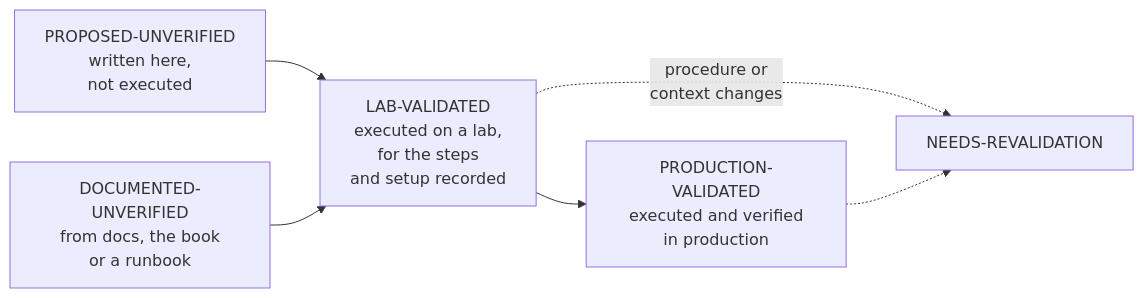
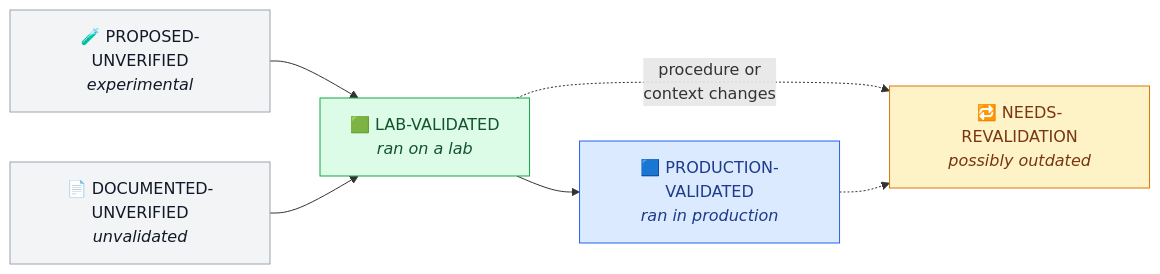
The third of 5 diagrams in README.md (OzarLand/openstack-operator-skills), drawn with Mermaid before and after one commit. The commit also changed other lines of this file and 1 other file, not shown here.

````diff
--- a/README.md
+++ b/README.md
@@ -202,8 +201,16 @@
 ```mermaid
 flowchart LR
-    P["PROPOSED-UNVERIFIED<br/>written here,<br/>not executed"] --> L
-    D["DOCUMENTED-UNVERIFIED<br/>from docs, the book<br/>or a runbook"] --> L
-    L["LAB-VALIDATED<br/>executed on a lab,<br/>for the steps<br/>and setup recorded"] --> PR["PRODUCTION-VALIDATED<br/>executed and verified<br/>in production"]
-    L -. "procedure or<br/>context changes" .-> N["NEEDS-REVALIDATION"]
+    P["🧪 PROPOSED-UNVERIFIED<br/><i>experimental</i>"] --> L
+    D["📄 DOCUMENTED-UNVERIFIED<br/><i>unvalidated</i>"] --> L
+    L["🟩 LAB-VALIDATED<br/><i>ran on a lab</i>"] --> PR["🟦 PRODUCTION-VALIDATED<br/><i>ran in production</i>"]
+    L -. "procedure or<br/>context changes" .-> N["🔁 NEEDS-REVALIDATION<br/><i>possibly outdated</i>"]
     PR -.-> N
+    classDef grey fill:#f3f4f6,stroke:#9ca3af,color:#111827
+    classDef green fill:#dcfce7,stroke:#16a34a,color:#14532d
+    classDef blue fill:#dbeafe,stroke:#2563eb,color:#1e3a8a
+    classDef amber fill:#fef3c7,stroke:#d97706,color:#78350f
+    class P,D grey
+    class L green
+    class PR blue
+    class N amber
 ```
````
